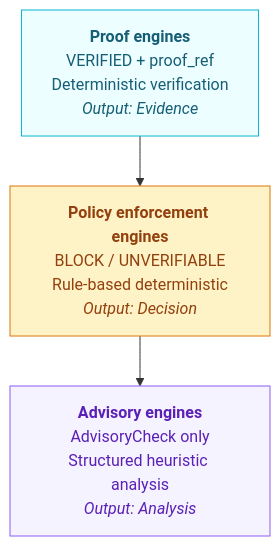
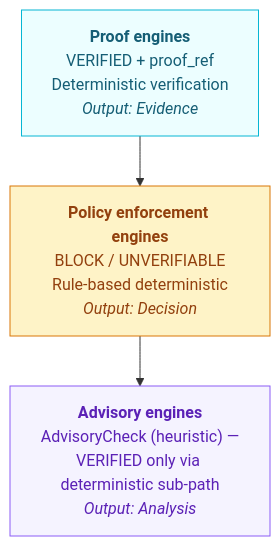
One commit to QWED-AI/docs changed the diagram in engines/overview.mdx. Above: the diagram before and after it, drawn with Mermaid. The commit also changed other lines of this file and 4 other files, not shown here.

````diff
--- a/engines/overview.mdx
+++ b/engines/overview.mdx
@@ -11,15 +11,15 @@
 ```mermaid
 flowchart TB
     P["<b>Proof engines</b><br/>VERIFIED + proof_ref<br/>Deterministic verification<br/><i>Output: Evidence</i>"]
     E["<b>Policy enforcement engines</b><br/>BLOCK / UNVERIFIABLE<br/>Rule-based deterministic<br/><i>Output: Decision</i>"]
-    A["<b>Advisory engines</b><br/>AdvisoryCheck only<br/>Structured heuristic analysis<br/><i>Output: Analysis</i>"]
+    A["<b>Advisory engines</b><br/>AdvisoryCheck (heuristic) —<br/>VERIFIED only via deterministic sub-path<br/><i>Output: Analysis</i>"]
 
     P --> E --> A
 
     classDef proof fill:#ecfeff,stroke:#06b6d4,color:#155e75;
     classDef policy fill:#fef3c7,stroke:#d97706,color:#92400e;
     classDef advisory fill:#f5f3ff,stroke:#8b5cf6,color:#5b21b6;
     class P proof;
     class E policy;
     class A advisory;
 ```
````
